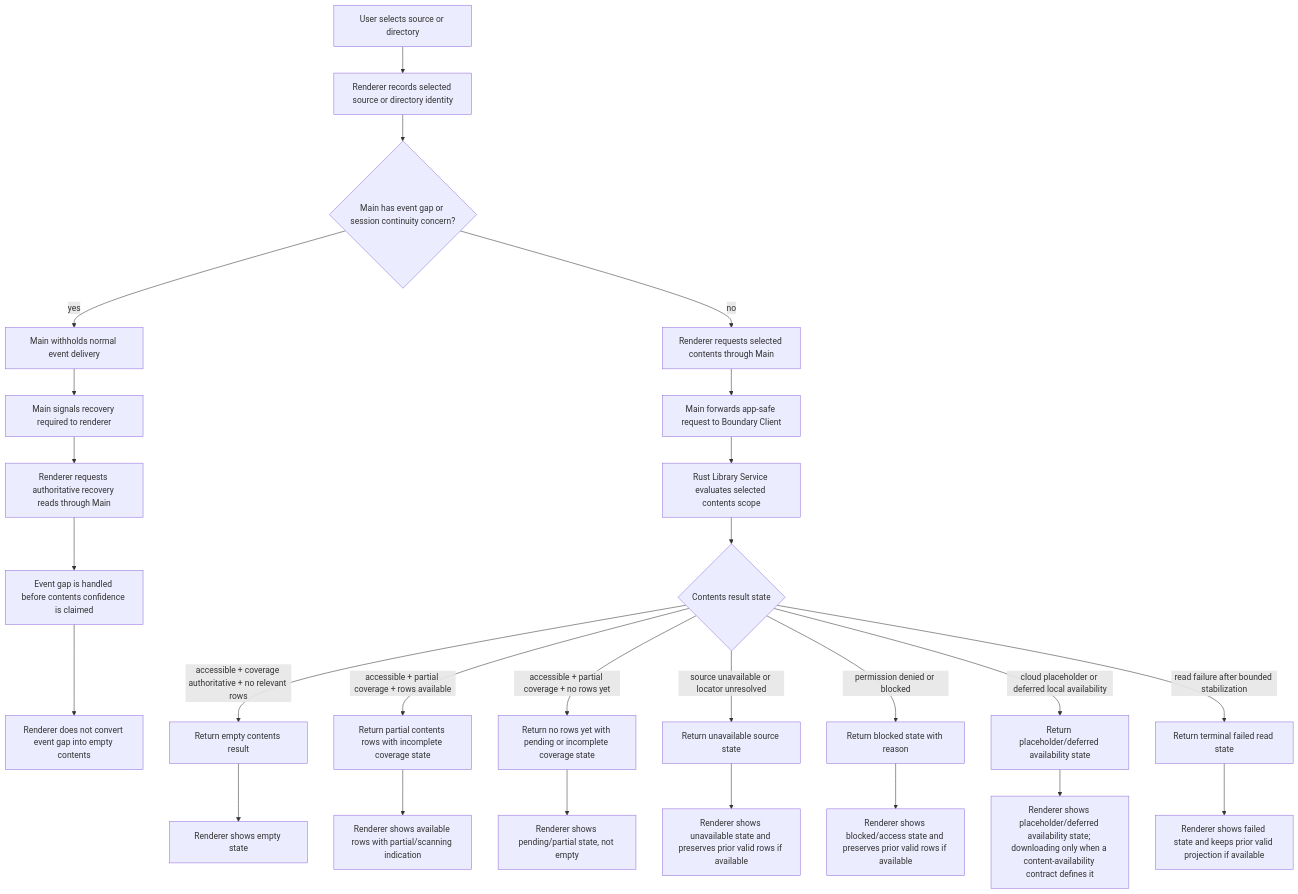
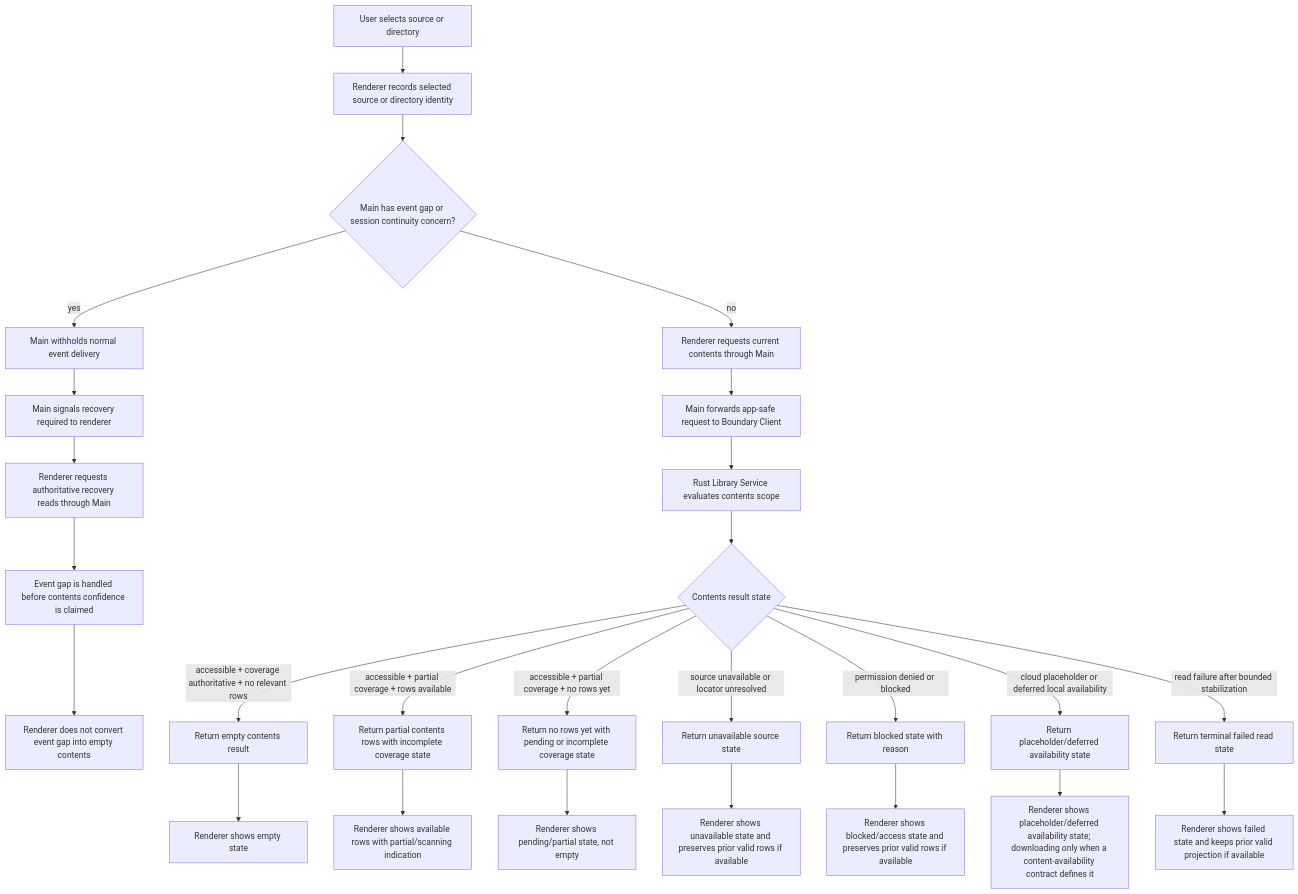
One commit to maikeleckelboom/dekzer-legacy changed the fifth of 14 diagrams in docs/library/library-substrate-e2e-flow-diagrams.md. Above: the diagram before and after it, drawn with Mermaid. The commit also changed other lines of this file and 17 other files, not shown here.

````diff
--- a/docs/library/library-substrate-e2e-flow-diagrams.md
+++ b/docs/library/library-substrate-e2e-flow-diagrams.md
@@ -356,28 +356,28 @@
 ```mermaid
 flowchart TD
   A["User selects source or directory"] --> B["Renderer records selected source or directory identity"]
   B --> C{"Main has event gap or session continuity concern?"}
   C -->|" yes "| D["Main withholds normal event delivery"]
   D --> E["Main signals recovery required to renderer"]
   E --> F["Renderer requests authoritative recovery reads through Main"]
   F --> G["Event gap is handled before contents confidence is claimed"]
   G --> H["Renderer does not convert event gap into empty contents"]
-  C -->|" no "| I["Renderer requests selected contents through Main"]
+  C -->|" no "| I["Renderer requests current contents through Main"]
   I --> J["Main forwards app-safe request to Boundary Client"]
-  J --> K["Rust Library Service evaluates selected contents scope"]
+  J --> K["Rust Library Service evaluates contents scope"]
   K --> L{"Contents result state"}
   L -->|" accessible + coverage authoritative + no relevant rows "| M["Return empty contents result"]
   M --> N["Renderer shows empty state"]
   L -->|" accessible + partial coverage + rows available "| O["Return partial contents rows with incomplete coverage state"]
   O --> P["Renderer shows available rows with partial/scanning indication"]
   L -->|" accessible + partial coverage + no rows yet "| Q["Return no rows yet with pending or incomplete coverage state"]
   Q --> R["Renderer shows pending/partial state, not empty"]
   L -->|" source unavailable or locator unresolved "| S["Return unavailable source state"]
   S --> T["Renderer shows unavailable state and preserves prior valid rows if available"]
   L -->|" permission denied or blocked "| U["Return blocked state with reason"]
   U --> V["Renderer shows blocked/access state and preserves prior valid rows if available"]
   L -->|" cloud placeholder or deferred local availability "| W["Return placeholder/deferred availability state"]
   W --> X["Renderer shows placeholder/deferred availability state; downloading only when a content-availability contract defines it"]
   L -->|" read failure after bounded stabilization "| Y["Return terminal failed read state"]
   Y --> Z["Renderer shows failed state and keeps prior valid projection if available"]
 ```
````
